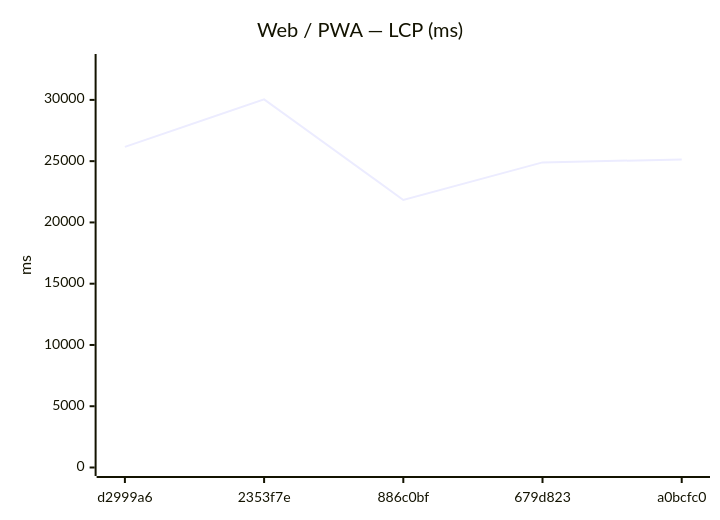
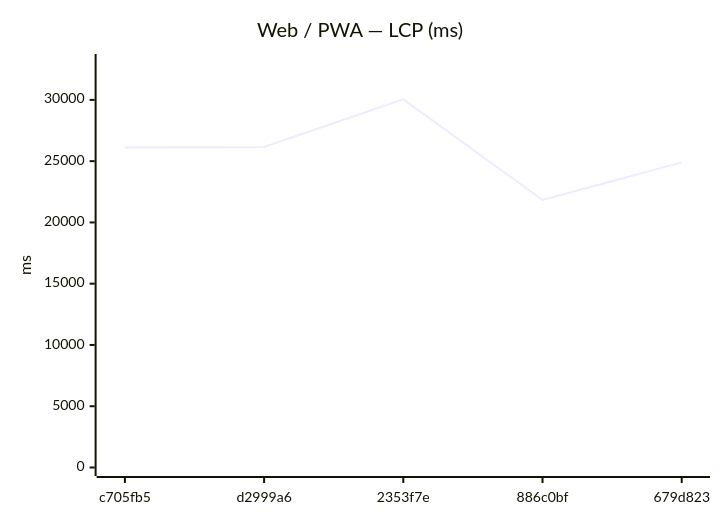
The fifth of 12 diagrams in benchmarks/compare.md (Metaheurist/Rianell), drawn with Mermaid before and after one commit. The commit also changed other lines of this file and 8 other files, not shown here.

````diff
--- a/benchmarks/compare.md
+++ b/benchmarks/compare.md
@@ -82,7 +82,7 @@
 ```mermaid
 xychart-beta
     title "Web / PWA — LCP (ms)"
-    x-axis ["d2999a6", "2353f7e", "886c0bf", "679d823", "a0bcfc0"]
+    x-axis ["c705fb5", "d2999a6", "2353f7e", "886c0bf", "679d823"]
     y-axis "ms" 0 --> 33052
-    line [26164, 30047, 21835, 24900, 25139]
+    line [26120, 26164, 30047, 21835, 24900]
 ```
````
